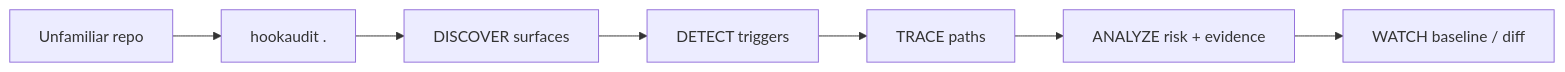
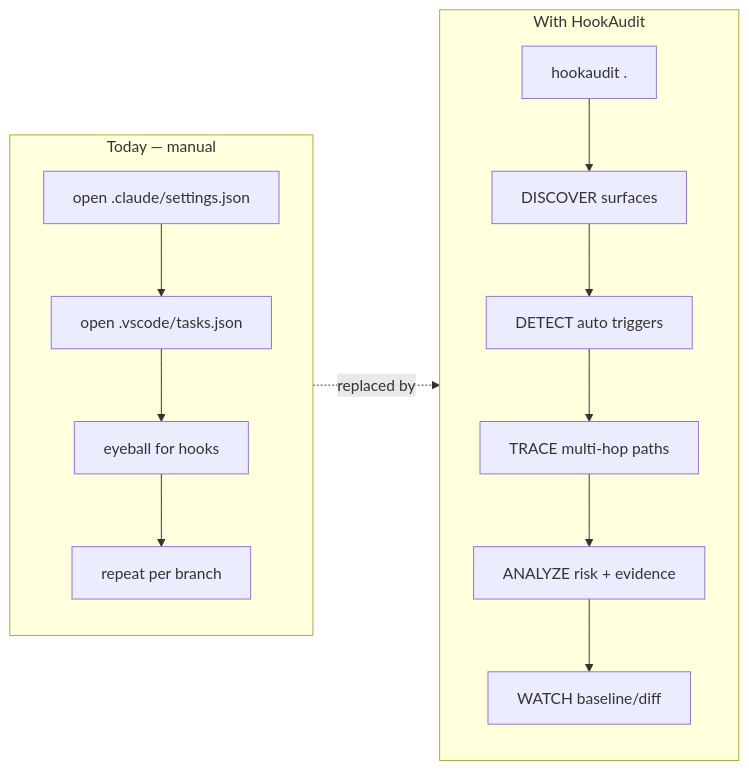
Before and after one commit to rohitkumarnaidu/HookAudit: the second of 6 diagrams in README.md, drawn with Mermaid. The commit also changed other lines of this file, not shown here.

First line of the commit message:
docs: simplify README to requested style with clean Mermaid

````diff
--- a/README.md
+++ b/README.md
@@ -82,9 +56,16 @@
 ```mermaid
 flowchart LR
-    A[Unfamiliar repo] --> B[hookaudit .]
-    B --> C[DISCOVER surfaces]
-    C --> D[DETECT triggers]
-    D --> E[TRACE paths]
-    E --> F[ANALYZE risk + evidence]
-    F --> G[WATCH baseline / diff]
+    subgraph Manual[Today — manual]
+        M1[open .claude/settings.json] --> M2[open .vscode/tasks.json]
+        M2 --> M3[eyeball for hooks]
+        M3 --> M4[repeat per branch]
+    end
+    subgraph HookAudit[With HookAudit]
+        H1[hookaudit .] --> H2[DISCOVER surfaces]
+        H2 --> H3[DETECT auto triggers]
+        H3 --> H4[TRACE multi-hop paths]
+        H4 --> H5[ANALYZE risk + evidence]
+        H5 --> H6[WATCH baseline/diff]
+    end
+    Manual -.->|replaced by| HookAudit
 ```
````
